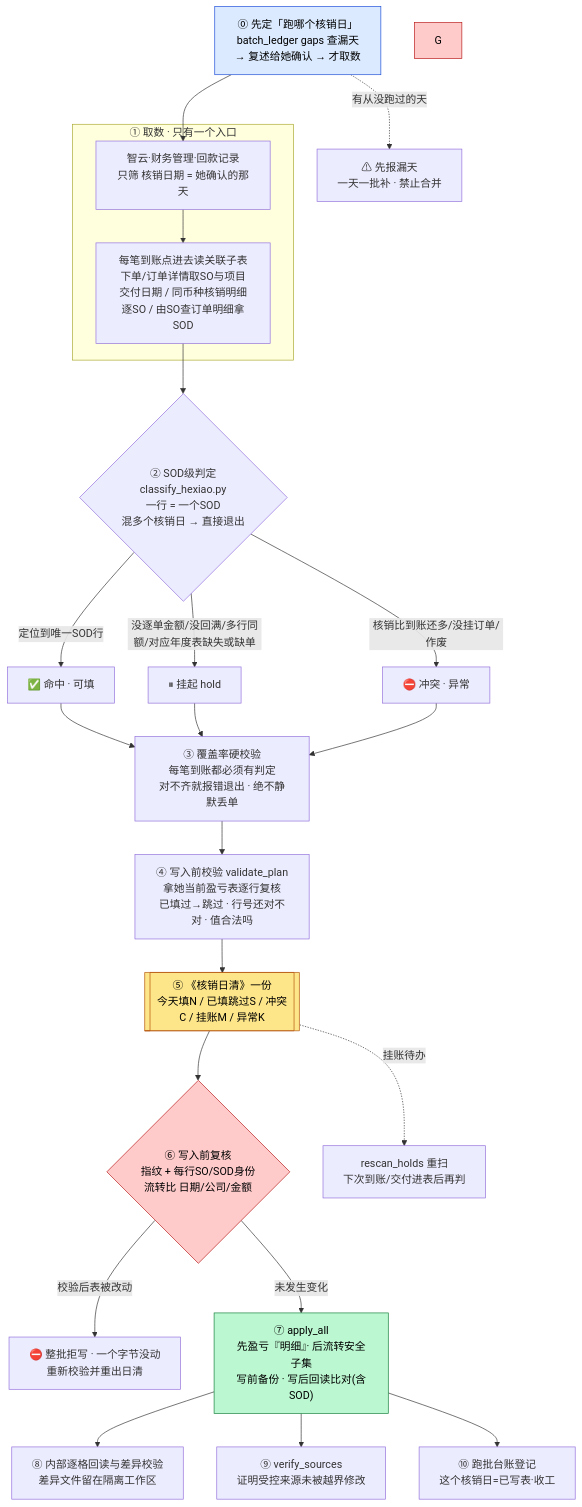
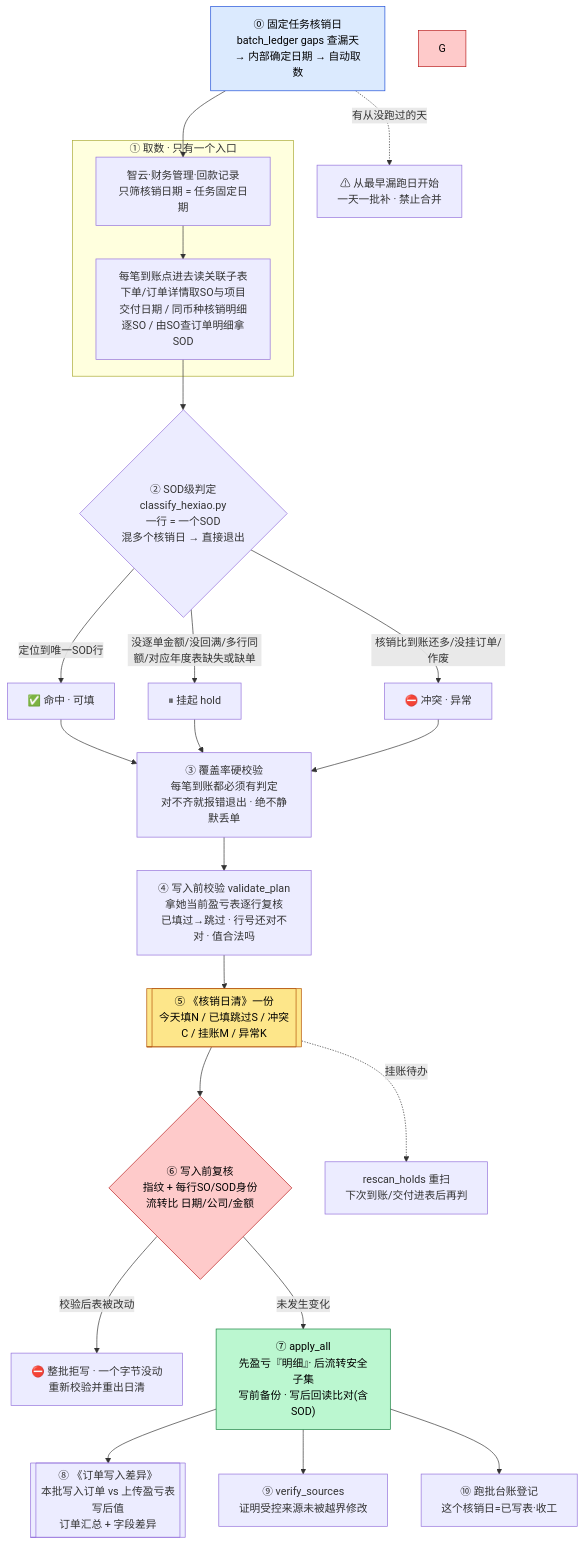
One commit to ErenYeager2002/financial_pj changed the first of 2 diagrams in skills/ar-hexiao-daily/README.md. Above: the diagram before and after it, drawn with Mermaid. The commit also changed other lines of this file and 30 other files, not shown here.

````diff
--- a/skills/ar-hexiao-daily/README.md
+++ b/skills/ar-hexiao-daily/README.md
@@ -56,30 +54,30 @@
 ```mermaid
 flowchart TD
-    D0["⓪ 先定「跑哪个核销日」<br/>batch_ledger gaps 查漏天<br/>→ 复述给她确认 → 才取数"] --> A
-    D0 -.->|"有从没跑过的天"| GAP["⚠ 先报漏天<br/>一天一批补 · 禁止合并"]
+    D0["⓪ 固定任务核销日<br/>batch_ledger gaps 查漏天<br/>→ 内部确定日期 → 自动取数"] --> A
+    D0 -.->|"有从没跑过的天"| GAP["⚠ 从最早漏跑日开始<br/>一天一批补 · 禁止合并"]
     subgraph 取数["① 取数 · 只有一个入口"]
-        A["智云·财务管理·回款记录<br/>只筛 核销日期 = 她确认的那天"] --> B["每笔到账点进去读关联子表<br/>下单/订单详情取SO与项目交付日期 / 同币种核销明细逐SO / 由SO查订单明细拿SOD"]
+        A["智云·财务管理·回款记录<br/>只筛核销日期 = 任务固定日期"] --> B["每笔到账点进去读关联子表<br/>下单/订单详情取SO与项目交付日期 / 同币种核销明细逐SO / 由SO查订单明细拿SOD"]
     end
     B --> C{"② SOD级判定<br/>classify_hexiao.py<br/>一行 = 一个SOD<br/>混多个核销日 → 直接退出"}
     C -->|"定位到唯一SOD行"| HIT["✅ 命中 · 可填"]
     C -->|"没逐单金额/没回满/多行同额/对应年度表缺失或缺单"| HOLD["⏸ 挂起 hold"]
     C -->|"核销比到账还多/没挂订单/作废"| EXC["⛔ 冲突 · 异常"]
     HIT --> COV
     HOLD --> COV
     EXC --> COV
     COV["③ 覆盖率硬校验<br/>每笔到账都必须有判定<br/>对不齐就报错退出 · 绝不静默丢单"] --> V["④ 写入前校验 validate_plan<br/>拿她当前盈亏表逐行复核<br/>已填过→跳过 · 行号还对不对 · 值合法吗"]
     V --> W[["⑤ 《核销日清》一份<br/>今天填N / 已填跳过S / 冲突C / 挂账M / 异常K"]]
     W --> PRE{"⑥ 写入前复核<br/>指纹 + 每行SO/SOD身份<br/>流转比 日期/公司/金额"}
     PRE -->|"校验后表被改动"| REDO["⛔ 整批拒写 · 一个字节没动<br/>重新校验并重出日清"]
     PRE -->|"未发生变化"| AP["⑦ apply_all<br/>先盈亏『明细』· 后流转安全子集<br/>写前备份 · 写后回读比对(含SOD)"]
-    AP --> VS["⑧ 内部逐格回读与差异校验<br/>差异文件留在隔离工作区"]
-    AP --> VERIFY["⑨ verify_sources<br/>证明受控来源未被越界修改"]
+    AP --> DIFF[["⑧ 《订单写入差异》<br/>本批写入订单 vs 上传盈亏表写后值<br/>订单汇总 + 字段差异"]]
+    AP --> VS["⑨ verify_sources<br/>证明受控来源未被越界修改"]
     AP --> BL["⑩ 跑批台账登记<br/>这个核销日=已写表·收工"]
     W -.->|"挂账待办"| R["rescan_holds 重扫<br/>下次到账/交付进表后再判"]
 
     style D0 fill:#dbeafe,stroke:#1d4ed8,color:#000
     style W fill:#fde68a,stroke:#b45309,color:#000
     style G fill:#fecaca,stroke:#b91c1c,color:#000
     style PRE fill:#fecaca,stroke:#b91c1c,color:#000
     style AP fill:#bbf7d0,stroke:#15803d,color:#000
 ```
````
